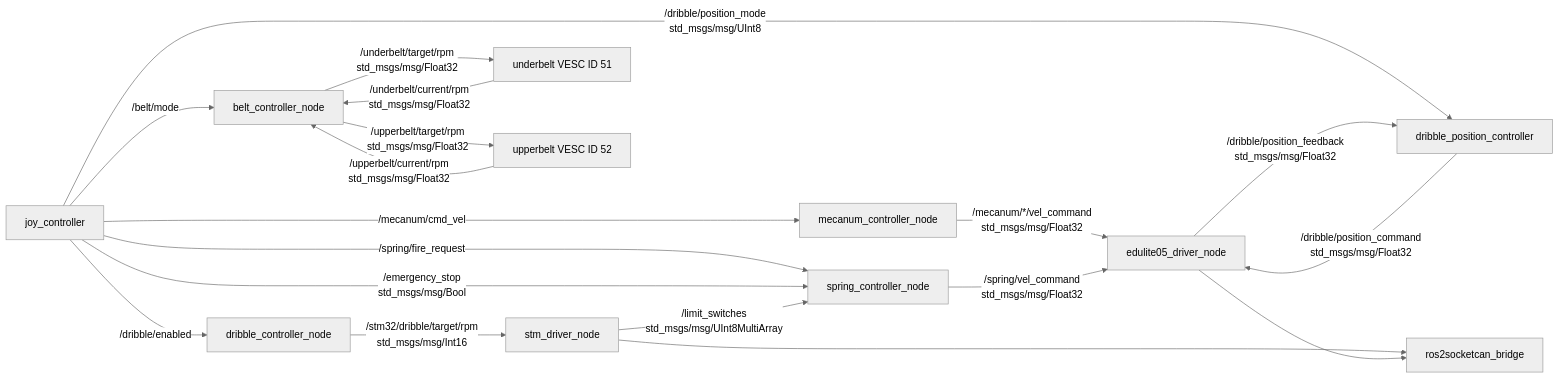
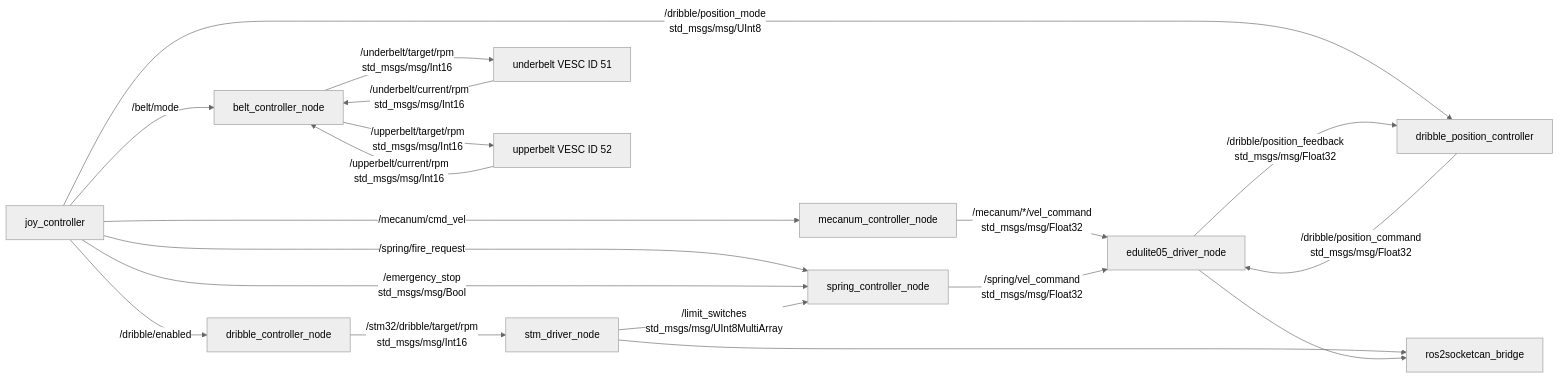
Before and after one commit to rodep-soft/rox2026: the diagram in ros2_ws/src/robot_controller/README.md, drawn with Mermaid (neutral theme). The commit also changed other lines of this file and 6 other files, not shown here.

````diff
--- a/ros2_ws/src/robot_controller/README.md
+++ b/ros2_ws/src/robot_controller/README.md
@@ -7,35 +7,35 @@
 ```mermaid
 flowchart LR
   joy[joy_controller]
   mecanum[mecanum_controller_node]
   spring[spring_controller_node]
   dribble[dribble_controller_node]
   position[dribble_position_controller]
   belt[belt_controller_node]
   stm_driver[stm_driver_node]
   under_vesc[underbelt VESC ID 51]
   upper_vesc[upperbelt VESC ID 52]
   edulite_driver[edulite05_driver_node]
   bridge[ros2socketcan_bridge]
 
   joy -->|/mecanum/cmd_vel| mecanum
   joy -->|/spring/fire_request| spring
   joy -->|/dribble/enabled| dribble
   joy -->|/belt/mode| belt
   joy -->|/dribble/position_mode\nstd_msgs/msg/UInt8| position
   joy -->|/emergency_stop\nstd_msgs/msg/Bool| spring
 
   mecanum -->|/mecanum/*/vel_command\nstd_msgs/msg/Float32| edulite_driver
   spring -->|/spring/vel_command\nstd_msgs/msg/Float32| edulite_driver
   dribble -->|/stm32/dribble/target/rpm\nstd_msgs/msg/Int16| stm_driver
-  belt -->|/underbelt/target/rpm\nstd_msgs/msg/Float32| under_vesc
-  belt -->|/upperbelt/target/rpm\nstd_msgs/msg/Float32| upper_vesc
-  under_vesc -->|/underbelt/current/rpm\nstd_msgs/msg/Float32| belt
-  upper_vesc -->|/upperbelt/current/rpm\nstd_msgs/msg/Float32| belt
+  belt -->|/underbelt/target/rpm\nstd_msgs/msg/Int16| under_vesc
+  belt -->|/upperbelt/target/rpm\nstd_msgs/msg/Int16| upper_vesc
+  under_vesc -->|/underbelt/current/rpm\nstd_msgs/msg/Int16| belt
+  upper_vesc -->|/upperbelt/current/rpm\nstd_msgs/msg/Int16| belt
   position -->|/dribble/position_command\nstd_msgs/msg/Float32| edulite_driver
   edulite_driver -->|/dribble/position_feedback\nstd_msgs/msg/Float32| position
   stm_driver -->|/limit_switches\nstd_msgs/msg/UInt8MultiArray| spring
 
   stm_driver --> bridge
   edulite_driver --> bridge
 ```
````
